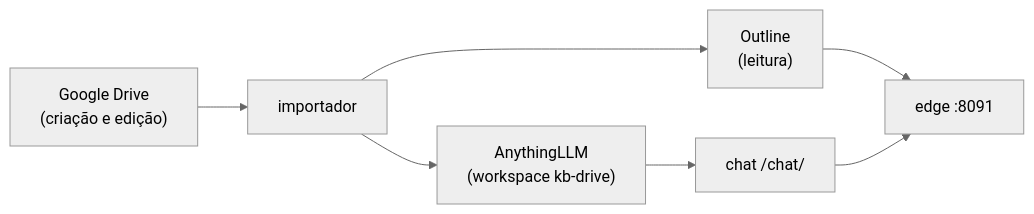
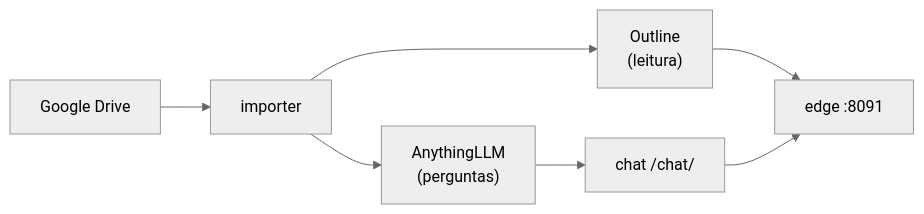
One commit to eajdias/Outline-GDrive-Wiki changed the diagram in README.md. Above: the diagram before and after it, drawn with Mermaid (neutral theme). The commit also changed other lines of this file and 10 other files, not shown here.

````diff
--- a/README.md
+++ b/README.md
@@ -7,9 +7,9 @@
 ```mermaid
 flowchart LR
-    Drive["Google Drive<br/>(criação e edição)"] --> IMP["importador"]
-    IMP --> Outline["Outline<br/>(leitura)"]
-    IMP --> RAG["AnythingLLM<br/>(workspace kb-drive)"]
+    Drive["Google Drive"] --> Importer["importer"]
+    Importer --> Outline["Outline<br/>(leitura)"]
+    Importer --> RAG["AnythingLLM<br/>(perguntas)"]
     Outline --> Edge["edge :8091"]
     RAG --> Chat["chat /chat/"]
     Chat --> Edge
 ```
````
